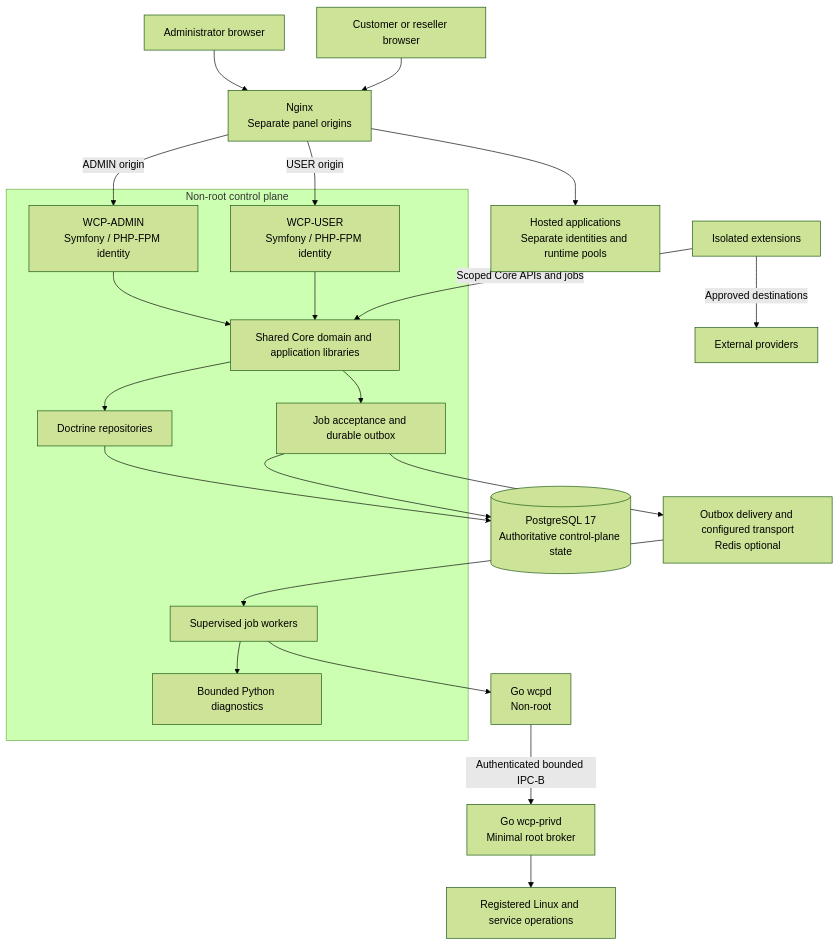
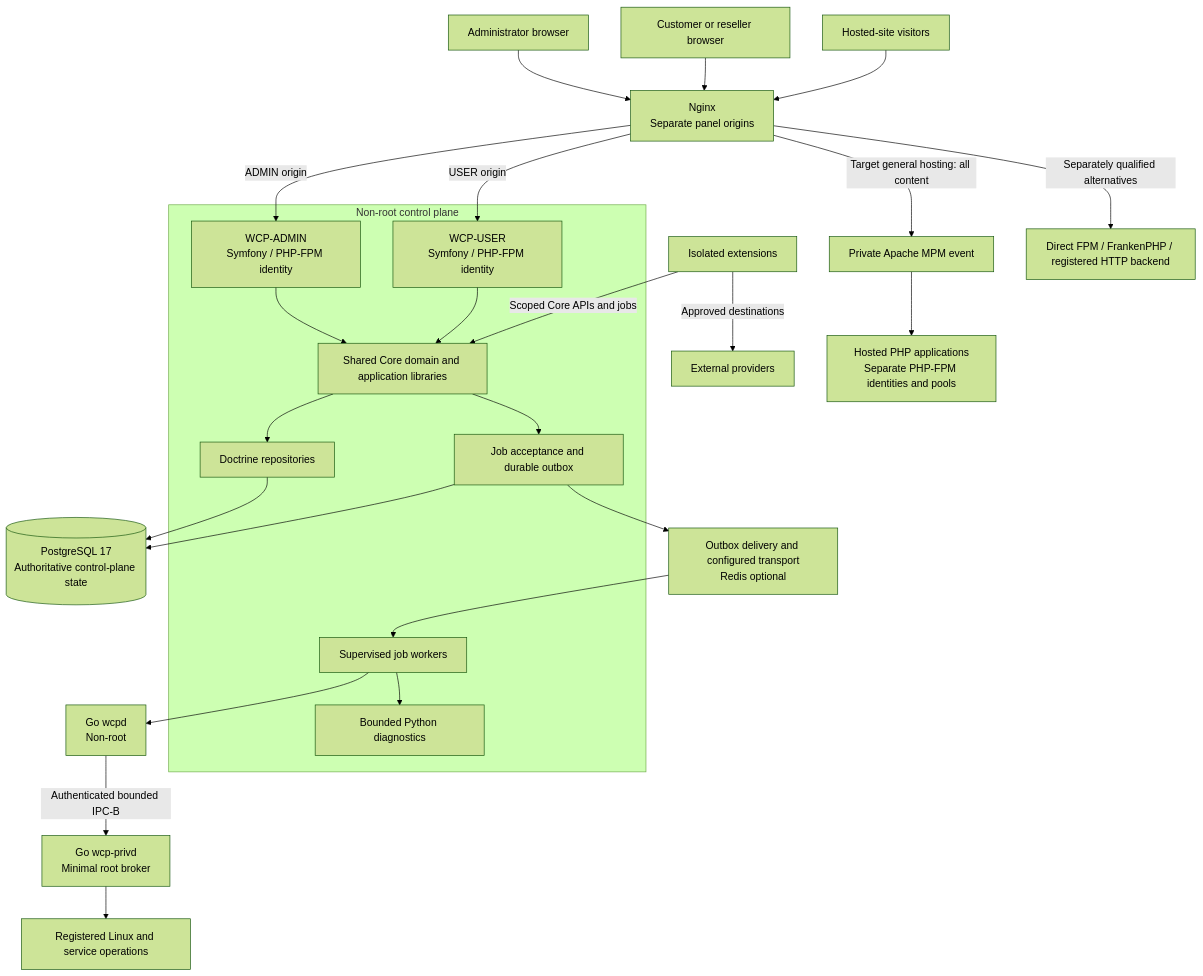
Before and after one commit to wcp360/wcp360: the first of 2 diagrams in ARCHITECTURE.md, drawn with Mermaid (forest theme). The commit also changed other lines of this file and 21 other files, not shown here.

````diff
--- a/ARCHITECTURE.md
+++ b/ARCHITECTURE.md
@@ -45,34 +46,37 @@
 ```mermaid
 flowchart TB
     ADMINCLIENT["Administrator browser"] --> EDGE["Nginx<br/>Separate panel origins"]
     USERCLIENT["Customer or reseller browser"] --> EDGE
 
     subgraph PANEL["Non-root control plane"]
         ADMIN["WCP-ADMIN<br/>Symfony / PHP-FPM identity"]
         USER["WCP-USER<br/>Symfony / PHP-FPM identity"]
         CORE["Shared Core domain and application libraries"]
         STORE["Doctrine repositories"]
         JOBS["Job acceptance and durable outbox"]
         WORKERS["Supervised job workers"]
         PY["Bounded Python diagnostics"]
     end
 
     EDGE -->|"ADMIN origin"| ADMIN
     EDGE -->|"USER origin"| USER
     ADMIN --> CORE
     USER --> CORE
     CORE --> STORE
     STORE --> PG[("PostgreSQL 17<br/>Authoritative control-plane state")]
     CORE --> JOBS
     JOBS --> PG
     JOBS --> DELIVERY["Outbox delivery and configured transport<br/>Redis optional"]
     DELIVERY --> WORKERS
     WORKERS --> AGENT["Go wcpd<br/>Non-root"]
     WORKERS --> PY
     AGENT -->|"Authenticated bounded IPC-B"| BROKER["Go wcp-privd<br/>Minimal root broker"]
     BROKER --> HOST["Registered Linux and service operations"]
 
-    EDGE --> HOSTED["Hosted applications<br/>Separate identities and runtime pools"]
+    VISITOR["Hosted-site visitors"] --> EDGE
+    EDGE -->|"Target general hosting: all content"| APACHE["Private Apache MPM event"]
+    APACHE --> HOSTED["Hosted PHP applications<br/>Separate PHP-FPM identities and pools"]
+    EDGE -->|"Separately qualified alternatives"| ALTERNATIVES["Direct FPM / FrankenPHP / registered HTTP backend"]
     EXT["Isolated extensions"] -->|"Scoped Core APIs and jobs"| CORE
     EXT -->|"Approved destinations"| PROVIDERS["External providers"]
 ```
````
